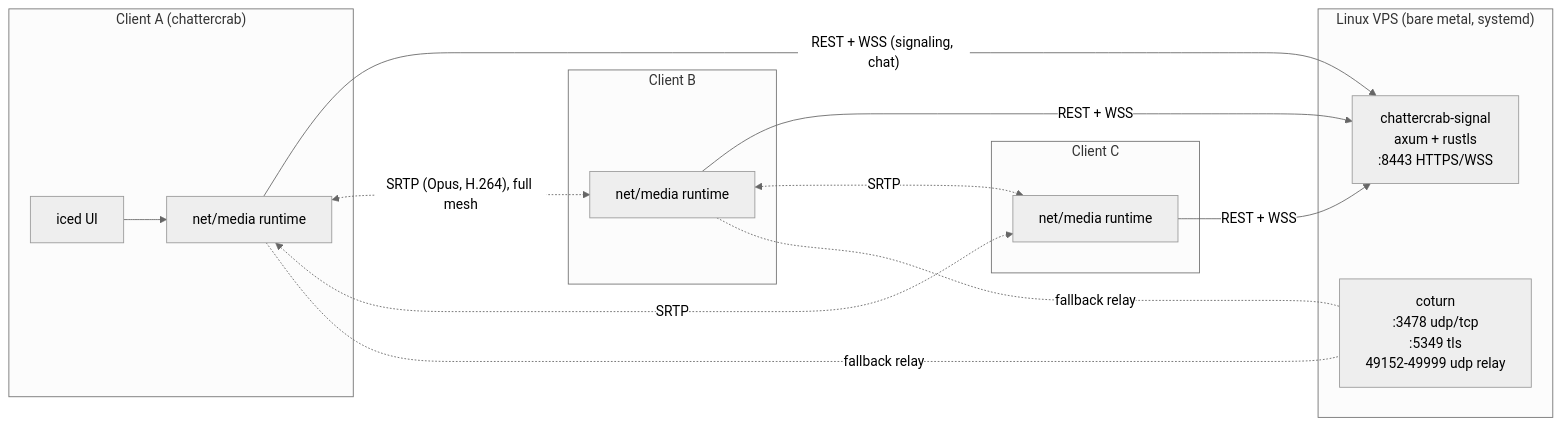
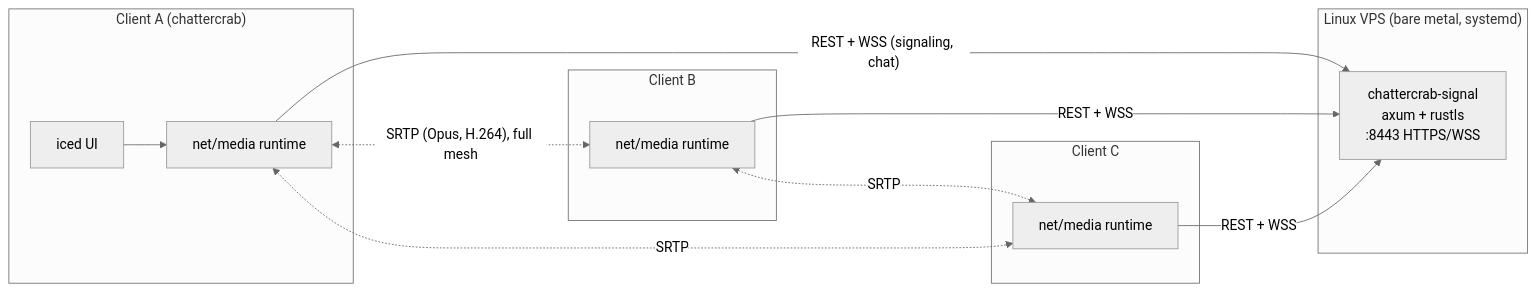
The first of 6 diagrams in docs/ARCHITECTURE.md (jakub-sobus/Chattercrab), drawn with Mermaid (neutral theme) before and after one commit. The commit also changed other lines of this file and 24 other files, not shown here.

````diff
--- a/docs/ARCHITECTURE.md
+++ b/docs/ARCHITECTURE.md
@@ -11,28 +13,24 @@
 ```mermaid
 flowchart LR
     subgraph VPS["Linux VPS (bare metal, systemd)"]
         SIG["chattercrab-signal<br/>axum + rustls<br/>:8443 HTTPS/WSS"]
-        TURN["coturn<br/>:3478 udp/tcp<br/>:5349 tls<br/>49152-49999 udp relay"]
     end
 
     subgraph A["Client A (chattercrab)"]
         UIA["iced UI"] --> RTA["net/media runtime"]
     end
     subgraph B["Client B"]
         RTB["net/media runtime"]
     end
     subgraph C["Client C"]
         RTC["net/media runtime"]
     end
 
     RTA -- "REST + WSS (signaling, chat)" --> SIG
     RTB -- "REST + WSS" --> SIG
     RTC -- "REST + WSS" --> SIG
 
     RTA <-. "SRTP (Opus, H.264), full mesh" .-> RTB
     RTA <-. "SRTP" .-> RTC
     RTB <-. "SRTP" .-> RTC
-
-    RTA -. "fallback relay" .- TURN
-    RTB -. "fallback relay" .- TURN
 ```
````
